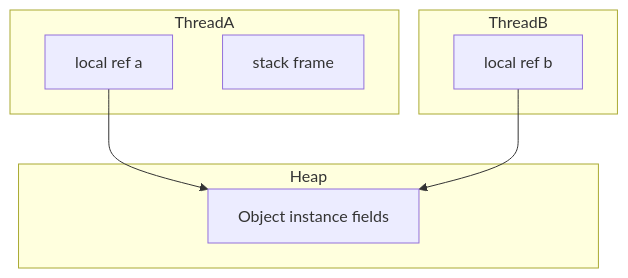
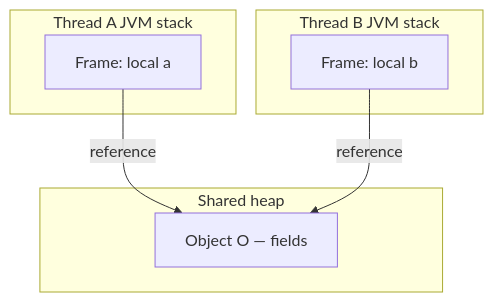
Before and after one commit to lostfromlight1/java-handbook: the first of 2 diagrams in 25-java-memory-model/01-stack-heap-and-references.md, drawn with Mermaid. The commit also changed other lines of this file and 3 other files, not shown here.

````diff
--- a/25-java-memory-model/01-stack-heap-and-references.md
+++ b/25-java-memory-model/01-stack-heap-and-references.md
@@ -35,15 +149,14 @@
 ```mermaid
 flowchart TB
-    subgraph ThreadA
-        LA[local ref a]
-        SA[stack frame]
+    subgraph ThreadA["Thread A JVM stack"]
+        SA["Frame: local a"]
     end
-    subgraph ThreadB
-        LB[local ref b]
+    subgraph ThreadB["Thread B JVM stack"]
+        SB["Frame: local b"]
     end
-    subgraph Heap
-        O[Object instance fields]
+    subgraph Heap["Shared heap"]
+        O["Object O — fields"]
     end
-    LA --> O
-    LB --> O
+    SA -->|"reference"| O
+    SB -->|"reference"| O
 ```
````
